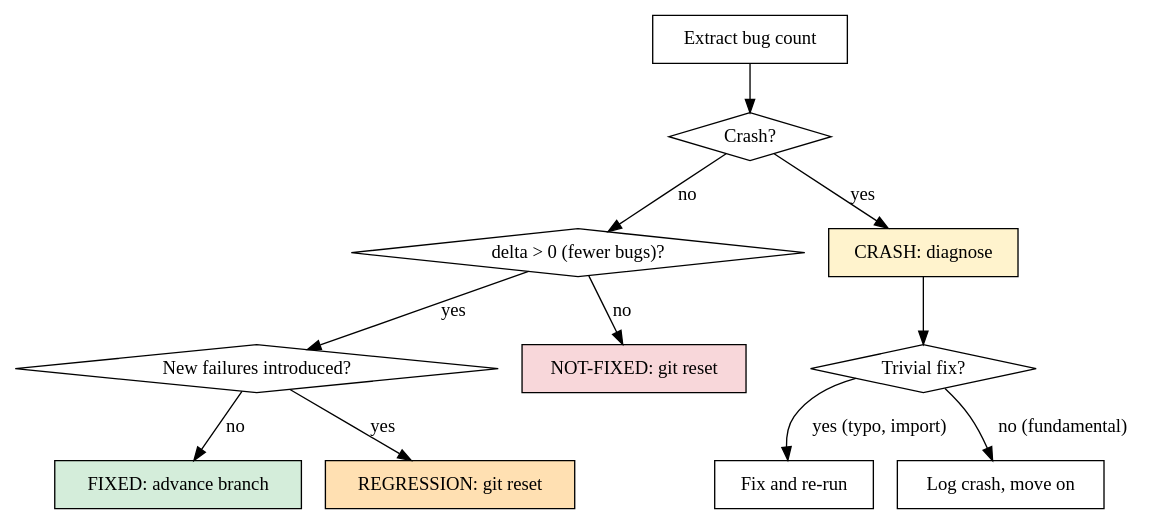
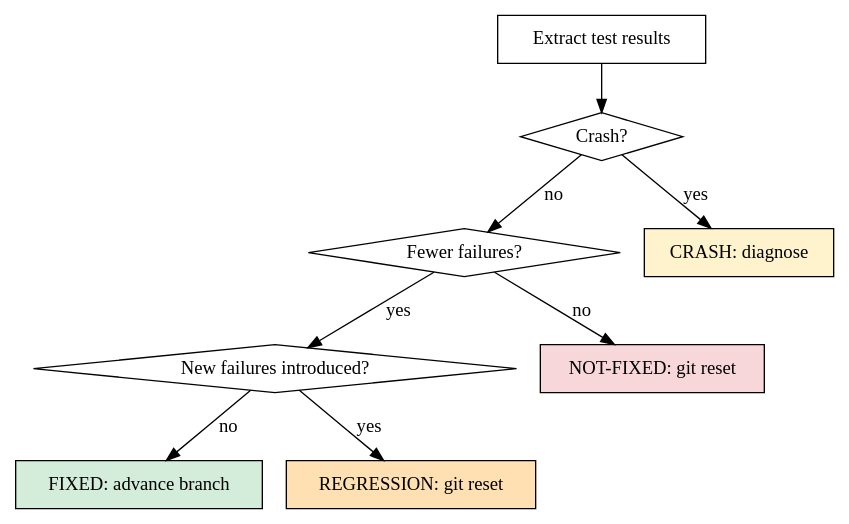
One commit to gpBlockchain/bug-hunt changed the second of 2 diagrams in loop.md. Above: the diagram before and after it, drawn with Graphviz. The commit also changed other lines of this file and 4 other files, not shown here.

First line of the commit message:
Add unit-test writing to bug-fix skill: dual loop (write tests + fix bugs)

````diff
--- a/loop.md
+++ b/loop.md
@@ -77,26 +147,20 @@
 ```dot
 digraph decision {
-    "Extract bug count" [shape=box];
+    "Extract test results" [shape=box];
     "Crash?" [shape=diamond];
-    "delta > 0 (fewer bugs)?" [shape=diamond];
+    "Fewer failures?" [shape=diamond];
     "New failures introduced?" [shape=diamond];
     "FIXED: advance branch" [shape=box, style=filled, fillcolor="#d4edda"];
     "NOT-FIXED: git reset" [shape=box, style=filled, fillcolor="#f8d7da"];
     "REGRESSION: git reset" [shape=box, style=filled, fillcolor="#ffe0b2"];
     "CRASH: diagnose" [shape=box, style=filled, fillcolor="#fff3cd"];
-    "Trivial fix?" [shape=diamond];
-    "Fix and re-run" [shape=box];
-    "Log crash, move on" [shape=box];
 
-    "Extract bug count" -> "Crash?";
+    "Extract test results" -> "Crash?";
     "Crash?" -> "CRASH: diagnose" [label="yes"];
-    "Crash?" -> "delta > 0 (fewer bugs)?" [label="no"];
-    "delta > 0 (fewer bugs)?" -> "New failures introduced?" [label="yes"];
-    "delta > 0 (fewer bugs)?" -> "NOT-FIXED: git reset" [label="no"];
+    "Crash?" -> "Fewer failures?" [label="no"];
+    "Fewer failures?" -> "New failures introduced?" [label="yes"];
+    "Fewer failures?" -> "NOT-FIXED: git reset" [label="no"];
     "New failures introduced?" -> "REGRESSION: git reset" [label="yes"];
     "New failures introduced?" -> "FIXED: advance branch" [label="no"];
-    "CRASH: diagnose" -> "Trivial fix?";
-    "Trivial fix?" -> "Fix and re-run" [label="yes (typo, import)"];
-    "Trivial fix?" -> "Log crash, move on" [label="no (fundamental)"];
 }
 ```
````
